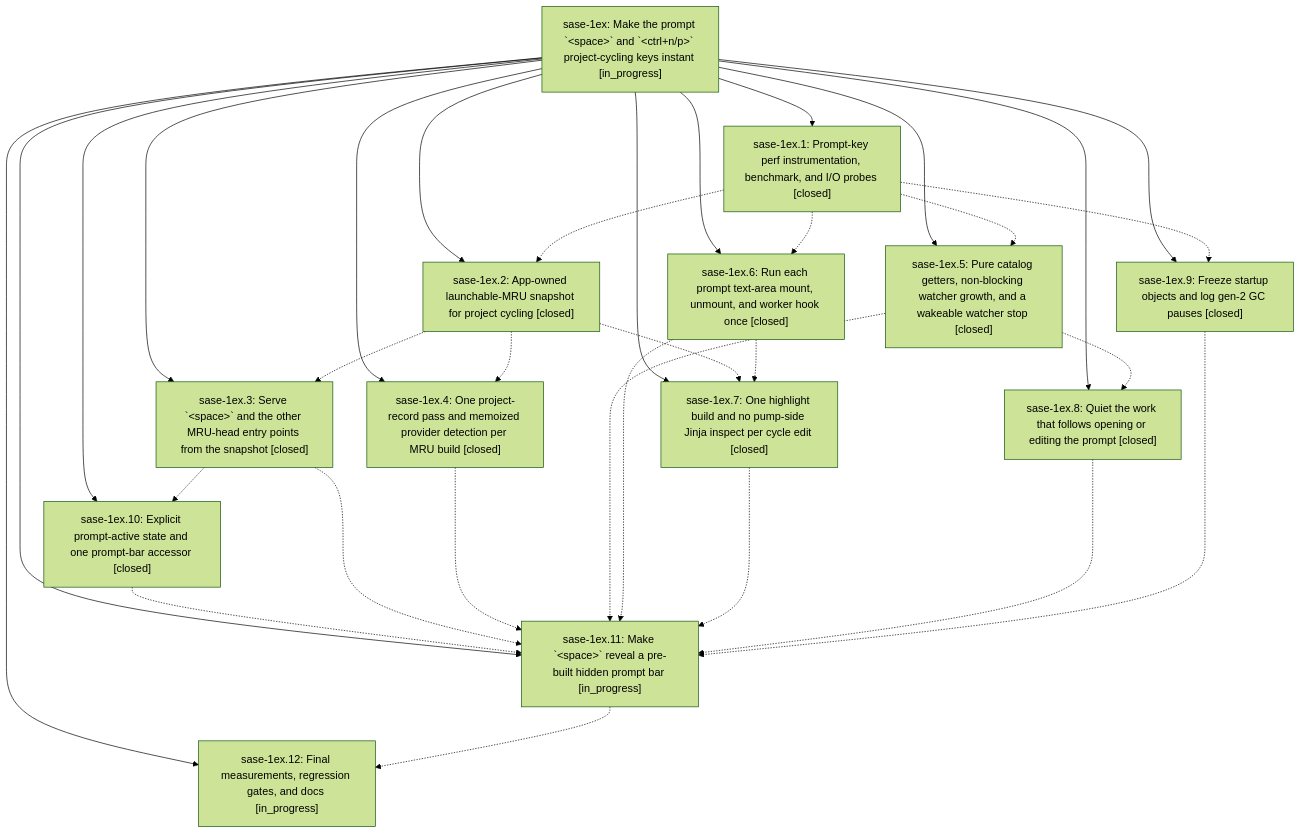
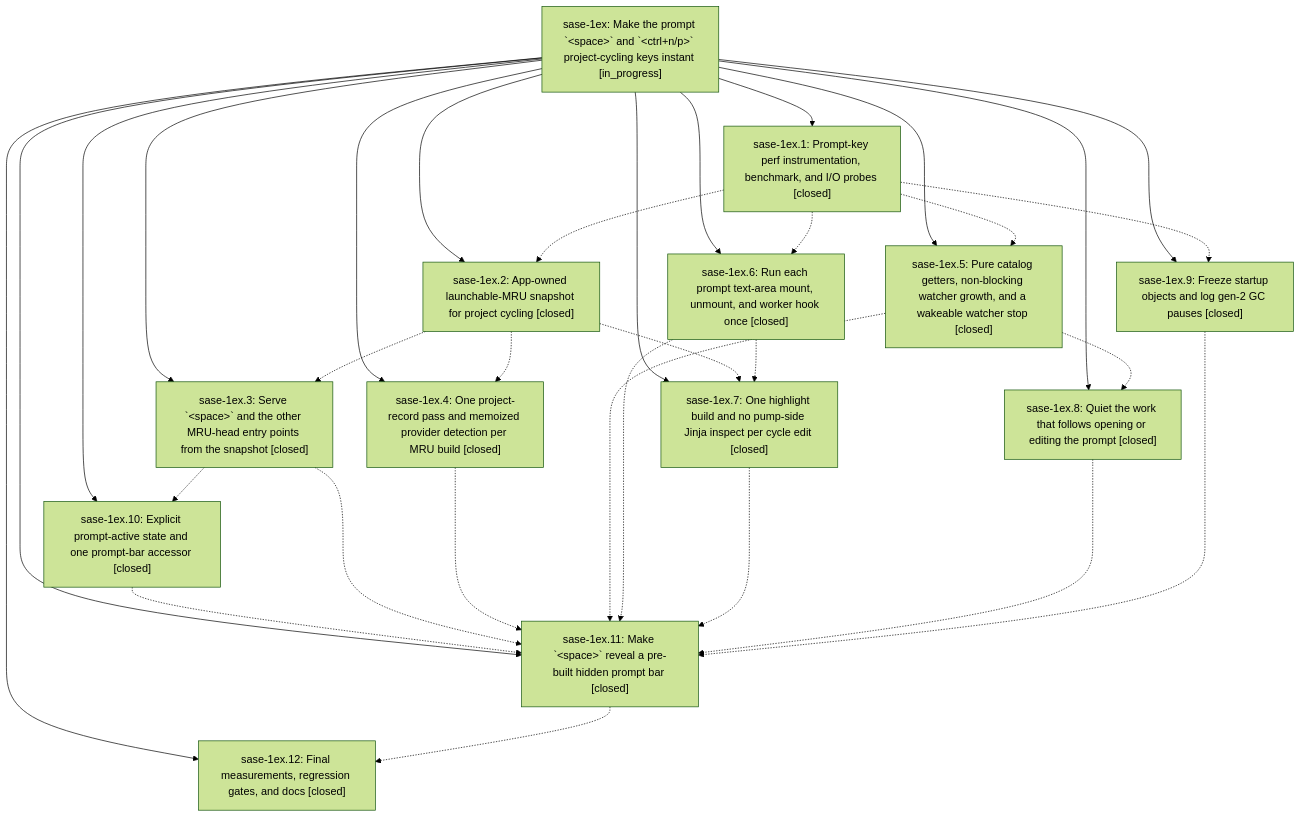
Before and after one commit to sase-org/sase--beads: the diagram in pages/sase-1ex/README.md, drawn with Mermaid (forest theme). The commit also changed other lines of this file and 10 other files, not shown here.

````diff
--- a/pages/sase-1ex/README.md
+++ b/pages/sase-1ex/README.md
@@ -41,47 +41,47 @@
 ```mermaid
 flowchart TD
     n0["sase-1ex: Make the prompt `&lt;space&gt;` and `&lt;ctrl+n/p&gt;` project-cycling keys instant [in_progress]"]
     n1["sase-1ex.1: Prompt-key perf instrumentation, benchmark, and I/O probes [closed]"]
     n2["sase-1ex.10: Explicit prompt-active state and one prompt-bar accessor [closed]"]
-    n3["sase-1ex.11: Make `&lt;space&gt;` reveal a pre-built hidden prompt bar [in_progress]"]
-    n4["sase-1ex.12: Final measurements, regression gates, and docs [in_progress]"]
+    n3["sase-1ex.11: Make `&lt;space&gt;` reveal a pre-built hidden prompt bar [closed]"]
+    n4["sase-1ex.12: Final measurements, regression gates, and docs [closed]"]
     n5["sase-1ex.2: App-owned launchable-MRU snapshot for project cycling [closed]"]
     n6["sase-1ex.3: Serve `&lt;space&gt;` and the other MRU-head entry points from the snapshot [closed]"]
     n7["sase-1ex.4: One project-record pass and memoized provider detection per MRU build [closed]"]
     n8["sase-1ex.5: Pure catalog getters, non-blocking watcher growth, and a wakeable watcher stop [closed]"]
     n9["sase-1ex.6: Run each prompt text-area mount, unmount, and worker hook once [closed]"]
     n10["sase-1ex.7: One highlight build and no pump-side Jinja inspect per cycle edit [closed]"]
     n11["sase-1ex.8: Quiet the work that follows opening or editing the prompt [closed]"]
     n12["sase-1ex.9: Freeze startup objects and log gen-2 GC pauses [closed]"]
     n0 --> n1
     n0 --> n2
     n0 --> n3
     n0 --> n4
     n0 --> n5
     n0 --> n6
     n0 --> n7
     n0 --> n8
     n0 --> n9
     n0 --> n10
     n0 --> n11
     n0 --> n12
     n1 -.-> n5
     n1 -.-> n8
     n1 -.-> n9
     n1 -.-> n12
     n2 -.-> n3
     n3 -.-> n4
     n5 -.-> n6
     n5 -.-> n7
     n5 -.-> n10
     n6 -.-> n2
     n6 -.-> n3
     n7 -.-> n3
     n8 -.-> n3
     n8 -.-> n11
     n9 -.-> n3
     n9 -.-> n10
     n10 -.-> n3
     n11 -.-> n3
     n12 -.-> n3
 ```
````
